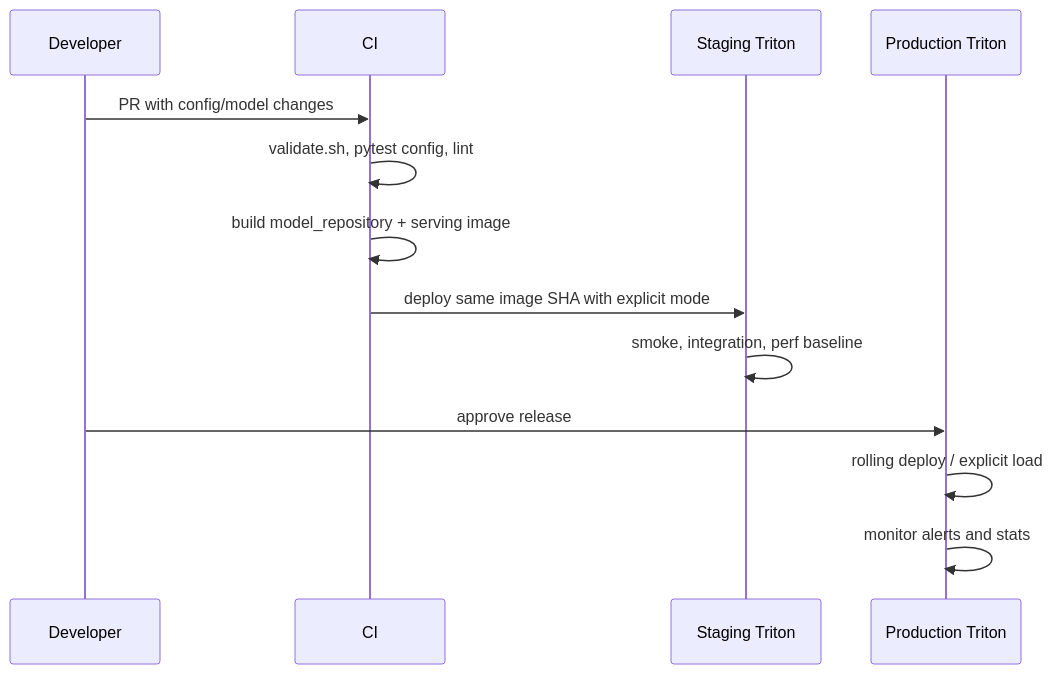
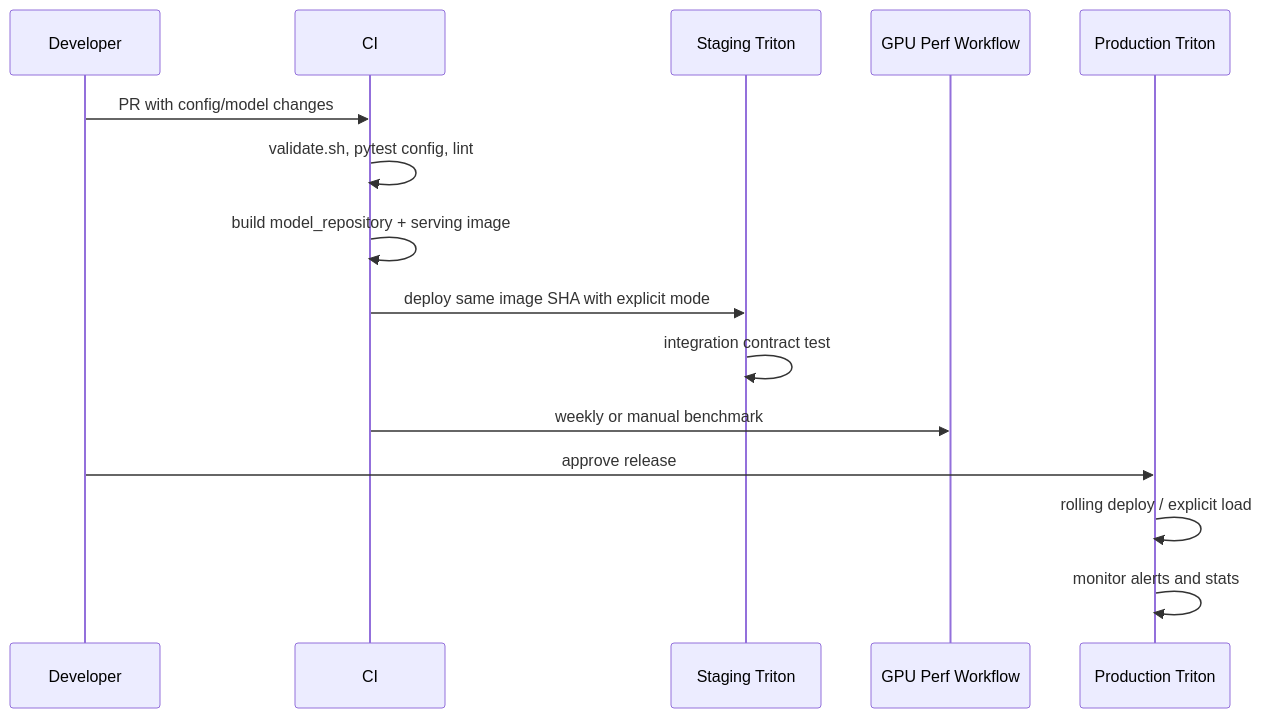
One commit to jaejungscene/triton-infer-server-handbook changed the diagram in docs/production-adoption.md. Above: the diagram before and after it, drawn with Mermaid. The commit also changed other lines of this file and 13 other files, not shown here.

````diff
--- a/docs/production-adoption.md
+++ b/docs/production-adoption.md
@@ -58,15 +58,17 @@
 ```mermaid
 sequenceDiagram
     participant Dev as Developer
     participant CI as CI
     participant Stg as Staging Triton
+    participant Perf as GPU Perf Workflow
     participant Prod as Production Triton
     Dev->>CI: PR with config/model changes
     CI->>CI: validate.sh, pytest config, lint
     CI->>CI: build model_repository + serving image
     CI->>Stg: deploy same image SHA with explicit mode
-    Stg->>Stg: smoke, integration, perf baseline
+    Stg->>Stg: integration contract test
+    CI->>Perf: weekly or manual benchmark
     Dev->>Prod: approve release
     Prod->>Prod: rolling deploy / explicit load
     Prod->>Prod: monitor alerts and stats
 ```
````
